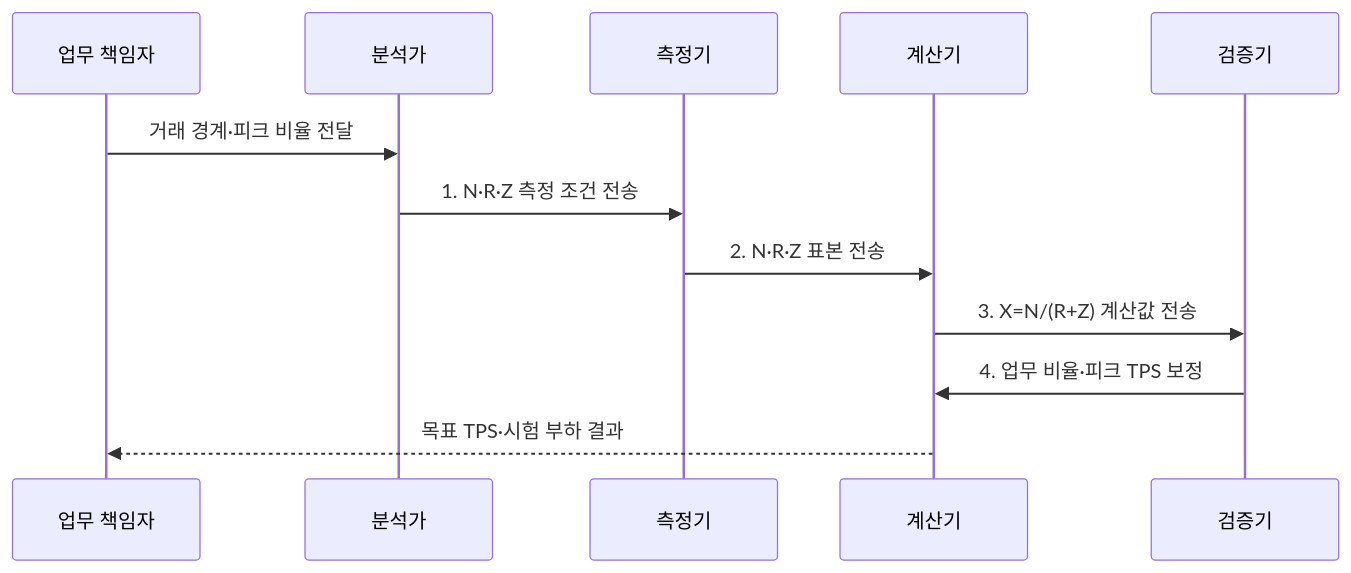
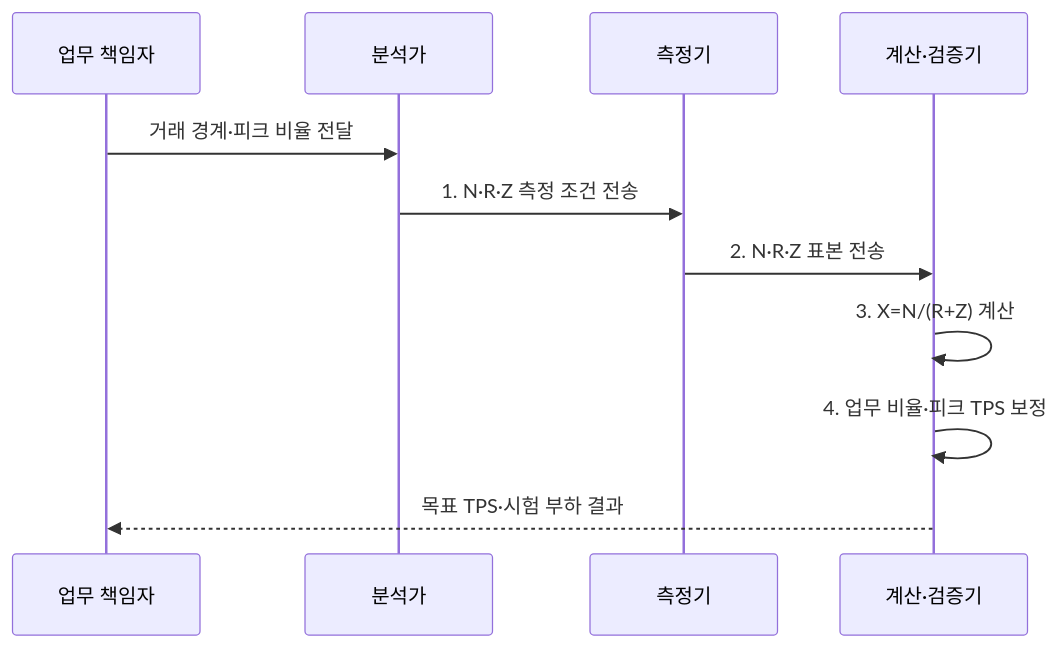
The second of 2 diagrams in src/content/docs/notes/06-evaluation/007_tps_calculation.md (agnusdei1207/knowledge-base), drawn with Mermaid before and after one commit. The commit also changed other lines of this file and 6 other files, not shown here.

Commit message:
Simplify evaluation calculation flows

````diff
--- a/src/content/docs/notes/06-evaluation/007_tps_calculation.md
+++ b/src/content/docs/notes/06-evaluation/007_tps_calculation.md
@@ -96,14 +96,13 @@
 ```mermaid
 sequenceDiagram
   participant O as 업무 책임자
   participant A as 분석가
   participant M as 측정기
-  participant C as 계산기
-  participant V as 검증기
+  participant C as 계산·검증기
   O->>A: 거래 경계·피크 비율 전달
   A->>M: 1. N·R·Z 측정 조건 전송
   M->>C: 2. N·R·Z 표본 전송
-  C->>V: 3. X=N/(R+Z) 계산값 전송
-  V->>C: 4. 업무 비율·피크 TPS 보정
+  C->>C: 3. X=N/(R+Z) 계산
+  C->>C: 4. 업무 비율·피크 TPS 보정
   C-->>O: 목표 TPS·시험 부하 결과
 ```
````
